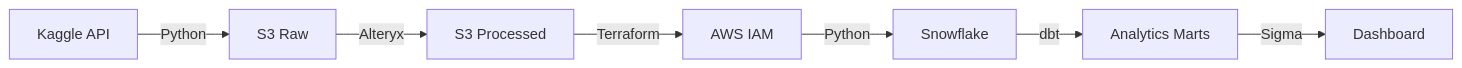
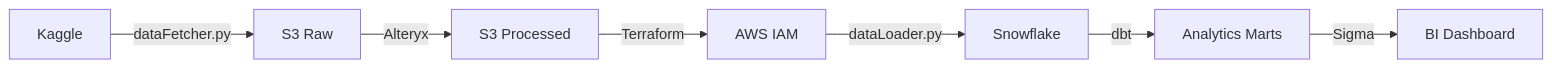
The diagram in README.md (r0han01/supplyChainDataOps), drawn with Mermaid before and after one commit. The commit also changed other lines of this file, not shown here.

````diff
--- a/README.md
+++ b/README.md
@@ -28,9 +33,9 @@
 ```mermaid
 flowchart LR
-    A[Kaggle API] -->|Python| B[S3 Raw]
+    A[Kaggle] -->|dataFetcher.py| B[S3 Raw]
     B -->|Alteryx| C[S3 Processed]
     C -->|Terraform| D[AWS IAM]
-    D-->|Python| E[Snowflake]
+    D -->|dataLoader.py| E[Snowflake]
     E -->|dbt| F[Analytics Marts]
-    F -->|Sigma| G[Dashboard]
+    F -->|Sigma| G[BI Dashboard]
 ```
````
